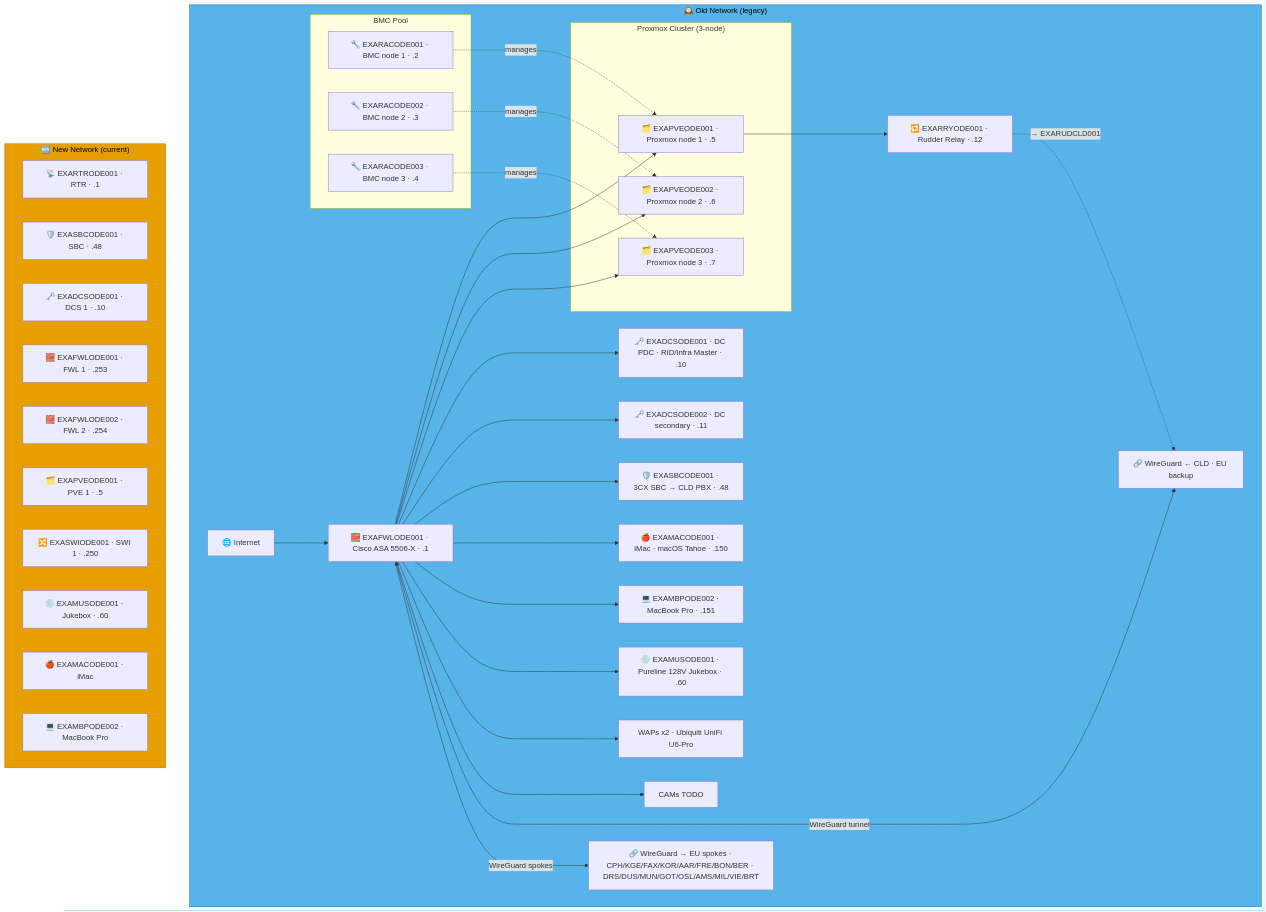
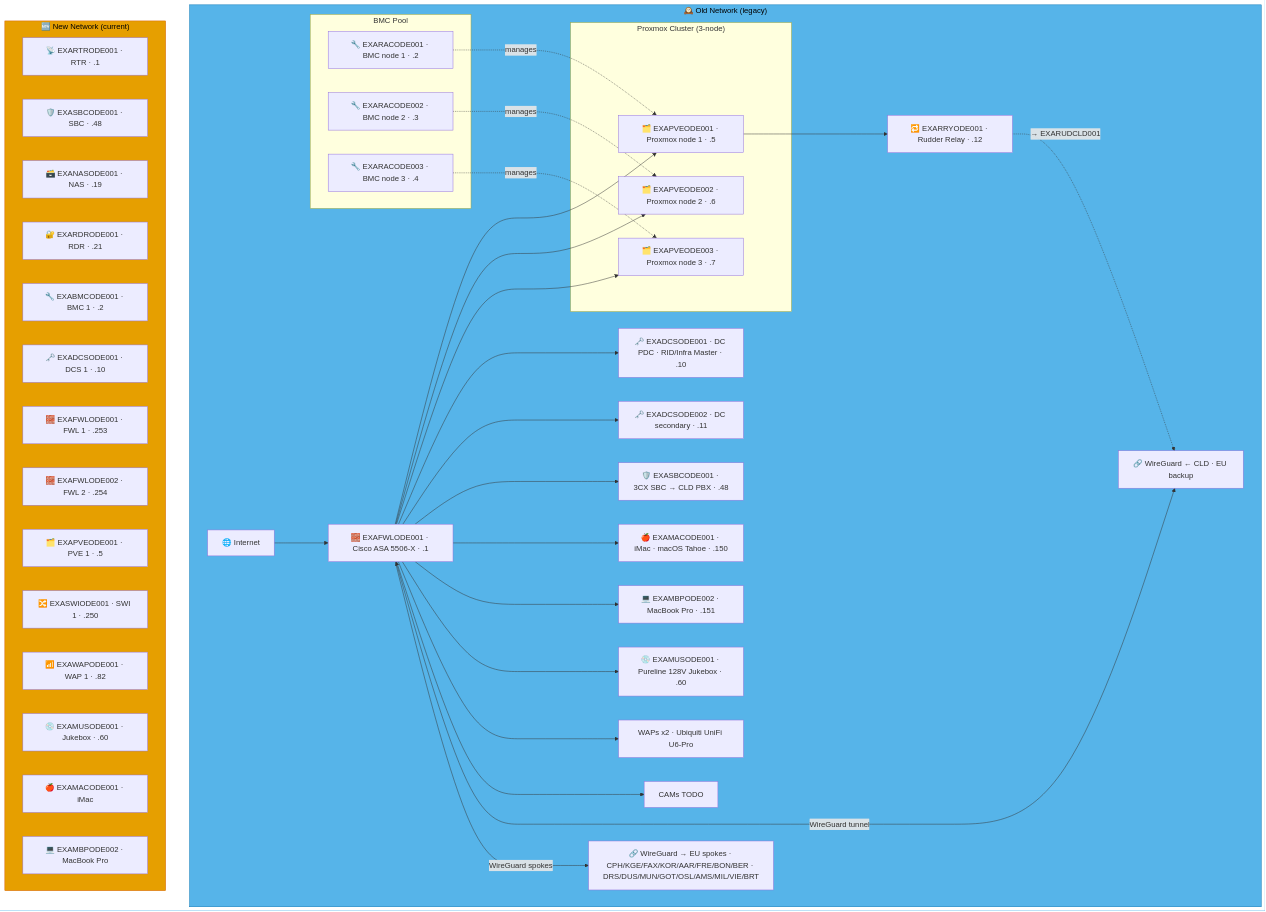
The second of 9 diagrams in docs/network-diagram/danmark.md (knightmare2600/example_music_infra), drawn with Mermaid before and after one commit. The commit also changed other lines of this file and 15 other files, not shown here.

````diff
--- a/docs/network-diagram/danmark.md
+++ b/docs/network-diagram/danmark.md
@@ -68,60 +72,64 @@
 ```mermaid
 graph TD
     subgraph OLD_ODE ["🕰️ Old Network (legacy)"]
       INET["🌐 Internet"]
       FWL["🧱 EXAFWLODE001 · Cisco ASA 5506-X · .1"]
 
       subgraph BMC ["BMC Pool"]
           RAC1["🔧 EXARACODE001 · BMC node 1 · .2"]
           RAC2["🔧 EXARACODE002 · BMC node 2 · .3"]
           RAC3["🔧 EXARACODE003 · BMC node 3 · .4"]
       end
 
       subgraph PVE ["Proxmox Cluster (3-node)"]
           PVE1["🗂️ EXAPVEODE001 · Proxmox node 1 · .5"]
           PVE2["🗂️ EXAPVEODE002 · Proxmox node 2 · .6"]
           PVE3["🗂️ EXAPVEODE003 · Proxmox node 3 · .7"]
       end
 
       DC1["🗝️ EXADCSODE001 · DC PDC · RID/Infra Master · .10"]
       DC2["🗝️ EXADCSODE002 · DC secondary · .11"]
       SBC["🛡️ EXASBCODE001 · 3CX SBC → CLD PBX · .48"]
       RRY["🔁 EXARRYODE001 · Rudder Relay · .12"]
       MAC["🍎 EXAMACODE001 · iMac · macOS Tahoe · .150"]
       MBP["💻 EXAMBPODE002 · MacBook Pro · .151"]
       JKB["💿 EXAMUSODE001 · Pureline 128V Jukebox · .60"]
       WAP["WAPs x2 · Ubiquiti UniFi U6-Pro"]
       CAM["CAMs TODO"]
       VPN_CLD["🔗 WireGuard ← CLD · EU backup"]
       VPN_EU["🔗 WireGuard → EU spokes · CPH/KGE/FAX/KOR/AAR/FRE/BON/BER · DRS/DUS/MUN/GOT/OSL/AMS/MIL/VIE/BRT"]
 
       INET --> FWL
       FWL --> PVE1 & PVE2 & PVE3
       FWL --> DC1 & DC2 & SBC
       RAC1 -.->|"manages"| PVE1
       RAC2 -.->|"manages"| PVE2
       RAC3 -.->|"manages"| PVE3
       FWL --> MAC & MBP & JKB & WAP & CAM
       FWL <-->|"WireGuard tunnel"| VPN_CLD
       FWL -->|"WireGuard spokes"| VPN_EU
 
       PVE1 --> RRY
       RRY -. "→ EXARUDCLD001" .-> VPN_CLD
     end
     style OLD_ODE fill:#56B4E9,stroke:#0072B2,color:#000000
     %% GENERATED:NEW-NETWORK:ODE:START
     subgraph NEW_ODE ["🆕 New Network (current)"]
       N_RTR["📡 EXARTRODE001 · RTR · .1"]
       N_SBC["🛡️ EXASBCODE001 · SBC · .48"]
+      N_NAS["🗃️ EXANASODE001 · NAS · .19"]
+      N_RDR["🔐 EXARDRODE001 · RDR · .21"]
+      N_BMC["🔧 EXABMCODE001 · BMC 1 · .2"]
       N_DCS["🗝️ EXADCSODE001 · DCS 1 · .10"]
       N_FWL["🧱 EXAFWLODE001 · FWL 1 · .253"]
       N_FWL2["🧱 EXAFWLODE002 · FWL 2 · .254"]
       N_PVE["🗂️ EXAPVEODE001 · PVE 1 · .5"]
       N_SWI["🔀 EXASWIODE001 · SWI 1 · .250"]
+      N_WAP["📶 EXAWAPODE001 · WAP 1 · .82"]
       N_MUS["💿 EXAMUSODE001 · Jukebox · .60"]
       N_MAC["🍎 EXAMACODE001 · iMac"]
       N_MBP["💻 EXAMBPODE002 · MacBook Pro"]
     end
     style NEW_ODE fill:#E69F00,stroke:#D55E00,color:#000000
     %% GENERATED:NEW-NETWORK:ODE:END
 ```
````
